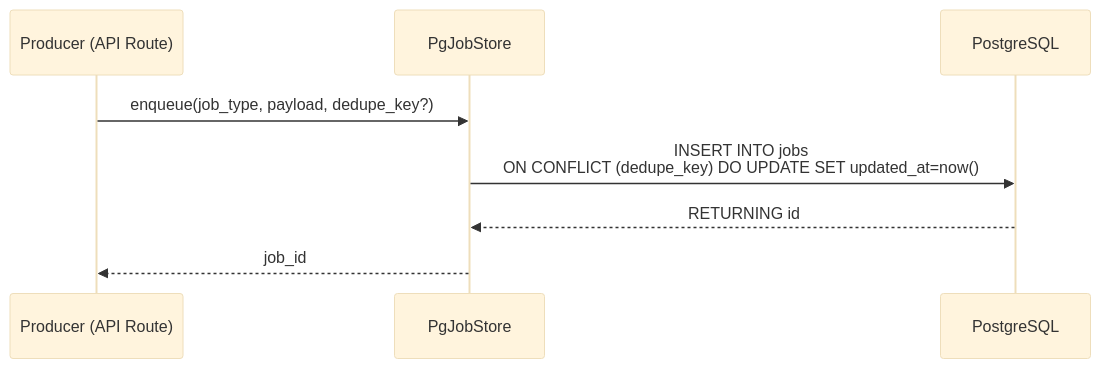
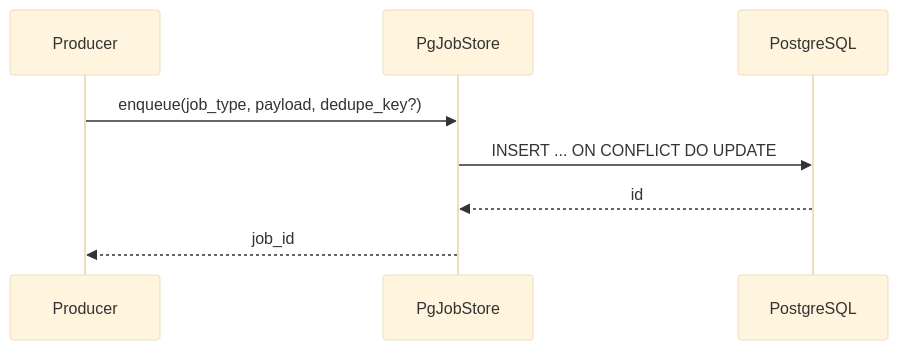
One commit to changhyeon363/pqrun changed the third of 8 diagrams in docs/developer/architecture.md. Above: the diagram before and after it, drawn with Mermaid (base theme). The commit also changed other lines of this file and 9 other files, not shown here.

````diff
--- a/docs/developer/architecture.md
+++ b/docs/developer/architecture.md
@@ -82,11 +82,11 @@
 ```mermaid
 sequenceDiagram
-    participant P as Producer (API Route)
+    participant P as Producer
     participant S as PgJobStore
     participant DB as PostgreSQL
 
     P->>S: enqueue(job_type, payload, dedupe_key?)
-    S->>DB: INSERT INTO jobs<br/>ON CONFLICT (dedupe_key) DO UPDATE SET updated_at=now()
-    DB-->>S: RETURNING id
+    S->>DB: INSERT ... ON CONFLICT DO UPDATE
+    DB-->>S: id
     S-->>P: job_id
 ```
````
